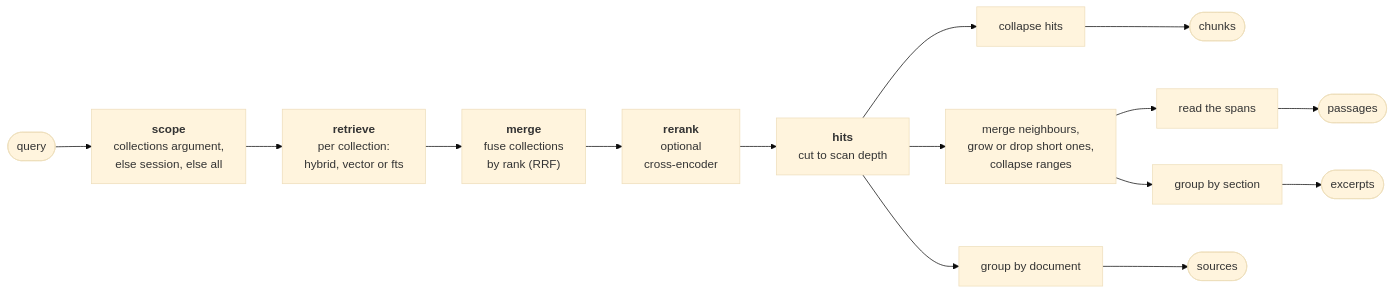
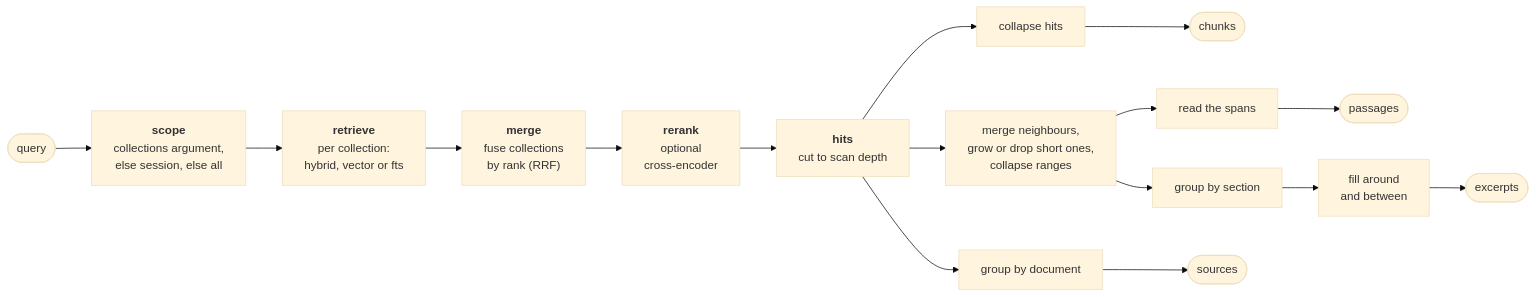
One commit to haskian/haskie changed the first of 3 diagrams in docs/search.md. Above: the diagram before and after it, drawn with Mermaid (base theme). The commit also changed other lines of this file and 13 other files, not shown here.

First line of the commit message:
feat(search): fill the text around and between an excerpt's passages

````diff
--- a/docs/search.md
+++ b/docs/search.md
@@ -8,12 +8,12 @@
 ```mermaid
 flowchart LR
     q(["query"]) --> scope["<b>scope</b><br/>collections argument,<br/>else session, else all"]
     scope --> retrieve["<b>retrieve</b><br/>per collection:<br/>hybrid, vector or fts"]
     retrieve --> merge["<b>merge</b><br/>fuse collections<br/>by rank (RRF)"]
     merge --> rerank["<b>rerank</b><br/>optional<br/>cross-encoder"]
     rerank --> hits["<b>hits</b><br/>cut to scan depth"]
     hits --> fchunks["collapse hits"] --> chunks(["chunks"])
     hits --> franges["merge neighbours,<br/>grow or drop short ones,<br/>collapse ranges"] --> read["read the spans"] --> passages(["passages"])
-    franges --> group["group by section"] --> excerpts(["excerpts"])
+    franges --> group["group by section"] --> fill["fill around<br/>and between"] --> excerpts(["excerpts"])
     hits --> shortlist["group by document"] --> sources(["sources"])
 ```
````
